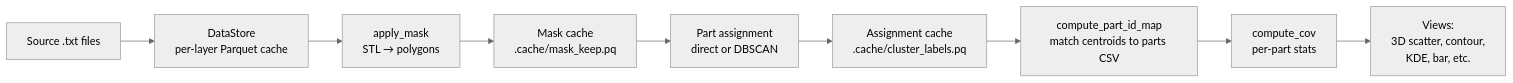
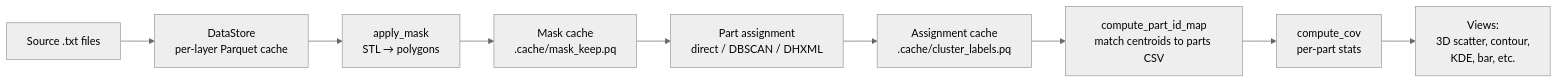
One commit to Obbaron/ohpal changed the diagram in README.md. Above: the diagram before and after it, drawn with Mermaid (neutral theme). The commit also changed other lines of this file, not shown here.

````diff
--- a/README.md
+++ b/README.md
@@ -54,11 +87,11 @@
 ```mermaid
 flowchart LR
     A[Source .txt files] --> B[DataStore<br/>per-layer Parquet cache]
     B --> C[apply_mask<br/>STL → polygons]
     C --> D[Mask cache<br/>.cache/mask_keep.pq]
-    D --> E[Part assignment<br/>direct or DBSCAN]
+    D --> E[Part assignment<br/>direct / DBSCAN / DHXML]
     E --> F[Assignment cache<br/>.cache/cluster_labels.pq]
     F --> G[compute_part_id_map<br/>match centroids to parts CSV]
     G --> H[compute_cov<br/>per-part stats]
     H --> I[Views:<br/>3D scatter, contour,<br/>KDE, bar, etc.]
 ```
````
